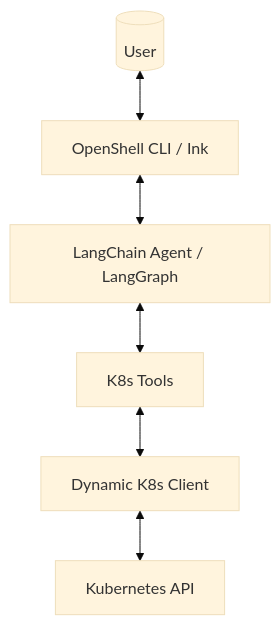
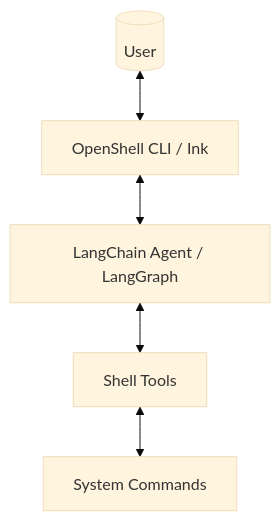
The diagram in DEVELOPER.md (zhizuqiu/openshell), drawn with Mermaid (base theme) before and after one commit. The commit also changed other lines of this file and 5 other files, not shown here.

````diff
--- a/DEVELOPER.md
+++ b/DEVELOPER.md
@@ -24,8 +24,7 @@
 ```mermaid
 graph TD
     User[(User)] <--> CLI[OpenShell CLI / Ink]
     CLI <--> Agent[LangChain Agent / LangGraph]
-    Agent <--> Tools[K8s Tools]
-    Tools <--> Client[Dynamic K8s Client]
-    Client <--> API[Kubernetes API]
+    Agent <--> Tools[Shell Tools]
+    Tools <--> System[System Commands]
 ```
````
